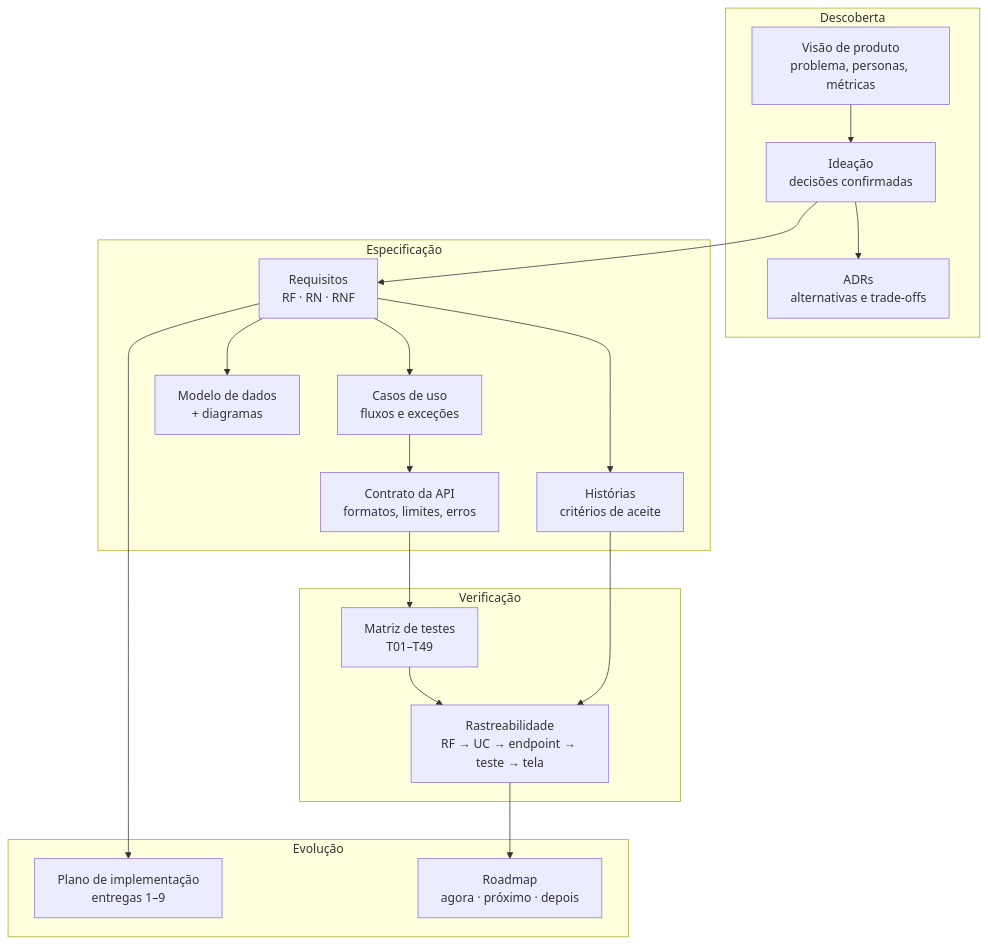
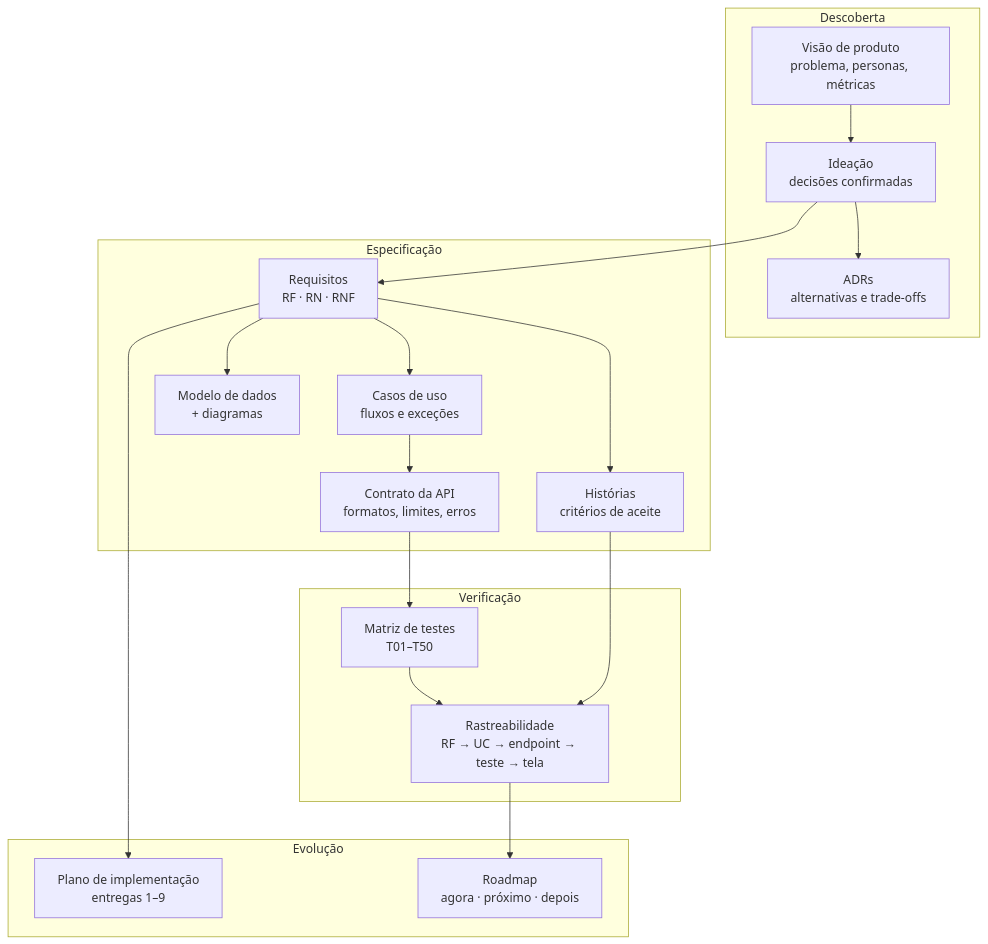
One commit to vsys-val/fastapi-merchant-app changed the diagram in docs/README.md. Above: the diagram before and after it, drawn with Mermaid. The commit also changed other lines of this file and 12 other files, not shown here.

````diff
--- a/docs/README.md
+++ b/docs/README.md
@@ -17,32 +17,32 @@
 ```mermaid
 flowchart TB
   subgraph Descoberta
     VP[Visão de produto<br/>problema, personas, métricas]
     ID[Ideação<br/>decisões confirmadas]
     ADR[ADRs<br/>alternativas e trade-offs]
   end
   subgraph Especificação
     RQ[Requisitos<br/>RF · RN · RNF]
     US[Histórias<br/>critérios de aceite]
     UC[Casos de uso<br/>fluxos e exceções]
     CT[Contrato da API<br/>formatos, limites, erros]
     MD[Modelo de dados<br/>+ diagramas]
   end
   subgraph Verificação
-    MT[Matriz de testes<br/>T01–T49]
+    MT[Matriz de testes<br/>T01–T50]
     RT[Rastreabilidade<br/>RF → UC → endpoint → teste → tela]
   end
   subgraph Evolução
     PL[Plano de implementação<br/>entregas 1–9]
     RM[Roadmap<br/>agora · próximo · depois]
   end
   VP --> ID --> ADR
   ID --> RQ
   RQ --> US & UC
   UC --> CT --> MT
   RQ --> MD
   MT --> RT
   US --> RT
   RT --> RM
   RQ --> PL
 ```
````
